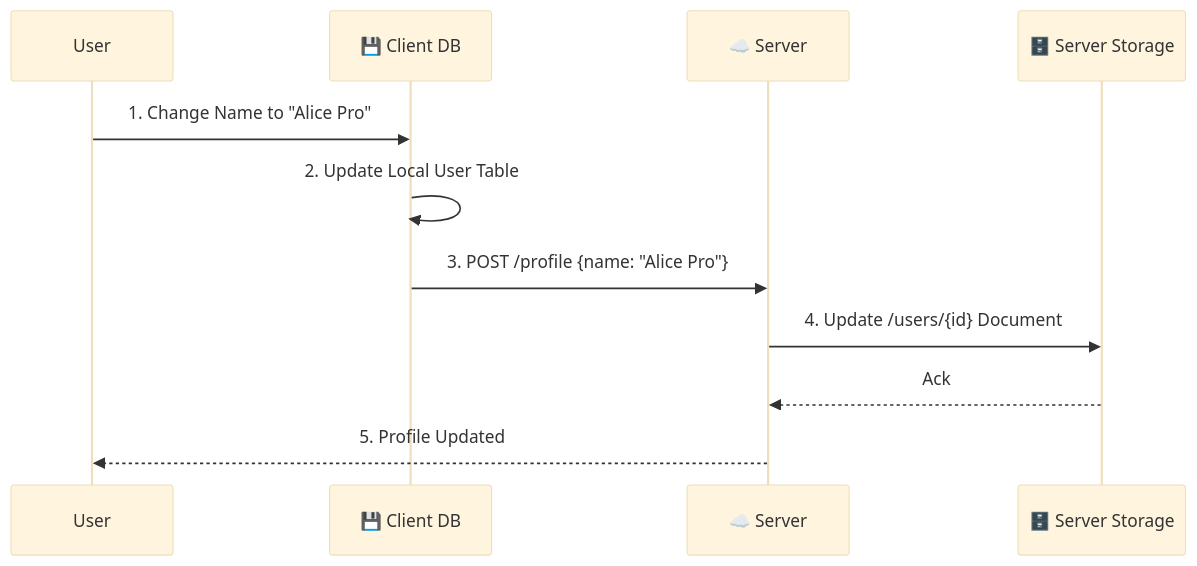
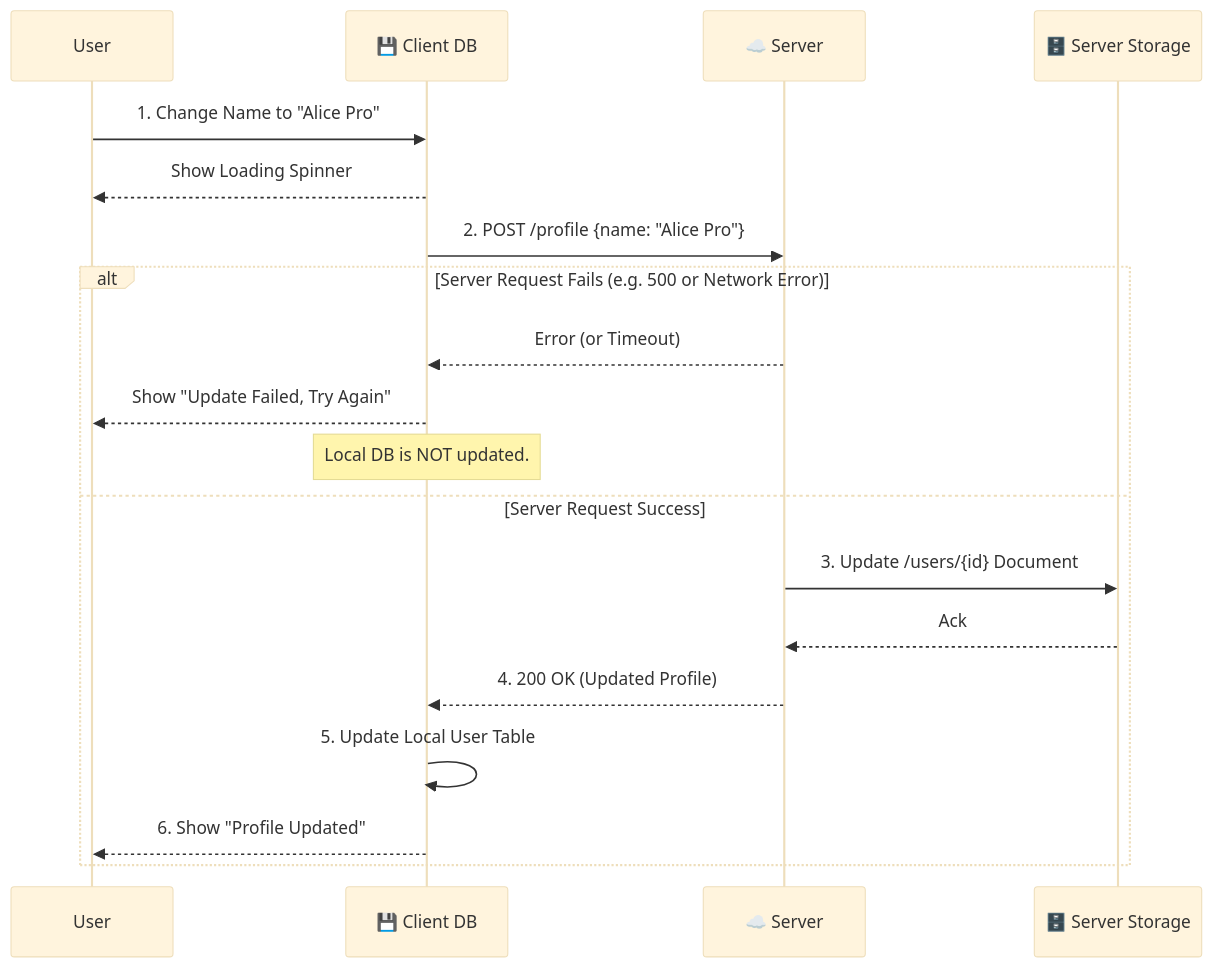
The second of 18 diagrams in CompleteUseCaseFlows.md (pingappduniya-oss/Ping-App-Complete-Use-Case-Flows-Technical-Deep-Dive-), drawn with Mermaid (base theme) before and after one commit. The commit also changed other lines of this file, not shown here.

````diff
--- a/CompleteUseCaseFlows.md
+++ b/CompleteUseCaseFlows.md
@@ -40,14 +55,25 @@
 ```mermaid
 sequenceDiagram
     participant User
     participant CDB as 💾 Client DB
     participant Server as ☁️ Server
     participant SS as 🗄️ Server Storage
 
     User->>CDB: 1. Change Name to "Alice Pro"
-    CDB->>CDB: 2. Update Local User Table
-    CDB->>Server: 3. POST /profile {name: "Alice Pro"}
-    Server->>SS: 4. Update /users/{id} Document
-    SS-->>Server: Ack
-    Server-->>User: 5. Profile Updated
+    CDB-->>User: Show Loading Spinner
+    
+    CDB->>Server: 2. POST /profile {name: "Alice Pro"}
+    
+    alt Server Request Fails (e.g. 500 or Network Error)
+        Server-->>CDB: Error (or Timeout)
+        CDB-->>User: Show "Update Failed, Try Again"
+        Note over CDB: Local DB is NOT updated.
+    else Server Request Success
+        Server->>SS: 3. Update /users/{id} Document
+        SS-->>Server: Ack
+        Server-->>CDB: 4. 200 OK (Updated Profile)
+        
+        CDB->>CDB: 5. Update Local User Table
+        CDB-->>User: 6. Show "Profile Updated"
+    end
 ```
````
